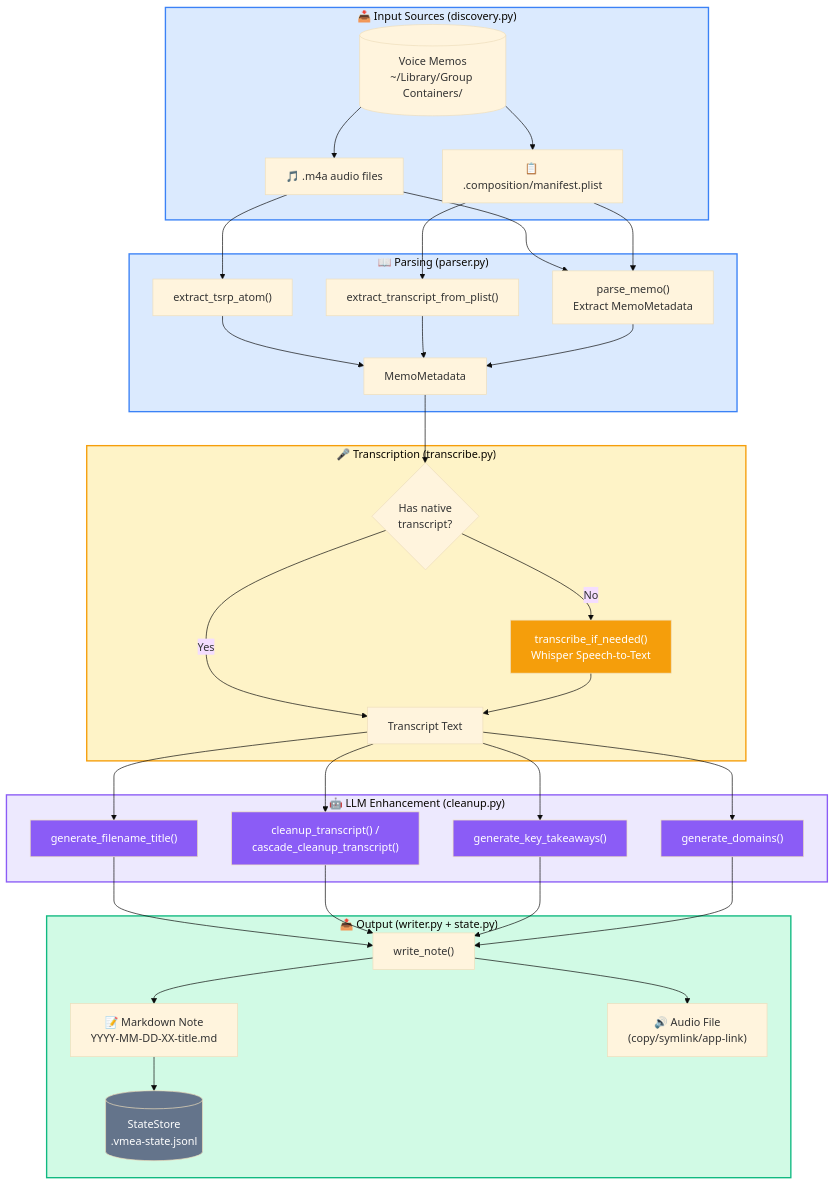
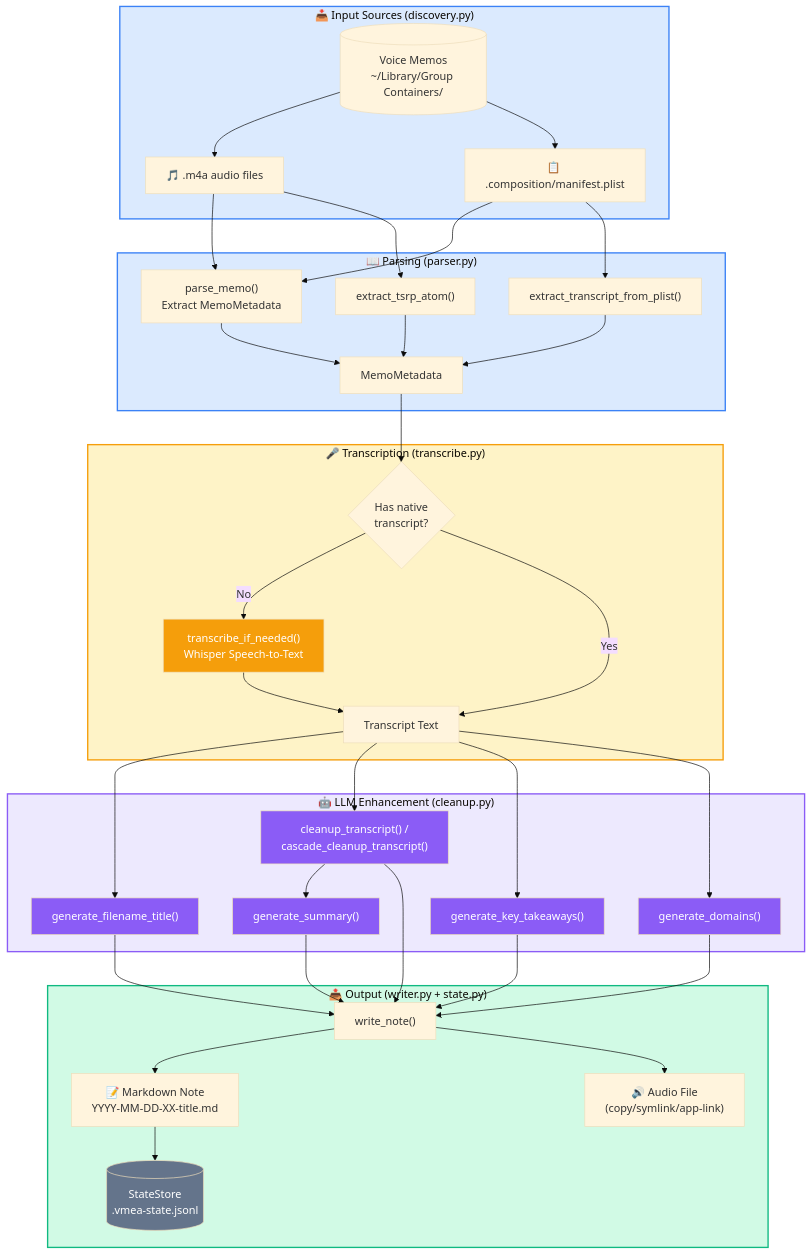
The diagram in docs/diagrams/data-flow-pipeline-diagram.md (klappe-pm/vmea), drawn with Mermaid before and after one commit. The commit also changed 15 other files, not shown here.

````diff
--- a/docs/diagrams/data-flow-pipeline-diagram.md
+++ b/docs/diagrams/data-flow-pipeline-diagram.md
@@ -5,72 +5,76 @@
 ```mermaid
 %%{init: {'theme': 'base'}}%%
 flowchart TB
     subgraph Input["📥 Input Sources (discovery.py)"]
         VM[("Voice Memos<br/>~/Library/Group Containers/")]
         M4A["🎵 .m4a audio files"]
         COMP["📋 .composition/manifest.plist"]
         VM --> M4A
         VM --> COMP
     end
 
     subgraph Parse["📖 Parsing (parser.py)"]
         PARSER["parse_memo()<br/>Extract MemoMetadata"]
         TSRP["extract_tsrp_atom()"]
         PLIST["extract_transcript_from_plist()"]
         META["MemoMetadata"]
         M4A --> PARSER
         COMP --> PARSER
         M4A --> TSRP
         COMP --> PLIST
         TSRP --> META
         PLIST --> META
         PARSER --> META
     end
 
     subgraph Transcribe["🎤 Transcription (transcribe.py)"]
         NATIVE{"Has native<br/>transcript?"}
         WHISPER["transcribe_if_needed()<br/>Whisper Speech-to-Text"]
         TRANS["Transcript Text"]
         META --> NATIVE
         NATIVE -->|No| WHISPER
         NATIVE -->|Yes| TRANS
         WHISPER --> TRANS
     end
 
     subgraph LLM["🤖 LLM Enhancement (cleanup.py)"]
         TITLE["generate_filename_title()"]
         CLEANUP["cleanup_transcript() /<br/>cascade_cleanup_transcript()"]
         TAKEAWAY["generate_key_takeaways()"]
         DOMAIN["generate_domains()"]
+        SUMMARY["generate_summary()"]
         TRANS --> TITLE
         TRANS --> CLEANUP
         TRANS --> TAKEAWAY
         TRANS --> DOMAIN
+        CLEANUP --> SUMMARY
     end
 
     subgraph Output["📤 Output (writer.py + state.py)"]
         WRITE["write_note()"]
         MD["📝 Markdown Note<br/>YYYY-MM-DD-XX-title.md"]
         AUDIO["🔊 Audio File<br/>(copy/symlink/app-link)"]
         STATE[("StateStore<br/>.vmea-state.jsonl")]
         TITLE --> WRITE
         CLEANUP --> WRITE
         TAKEAWAY --> WRITE
         DOMAIN --> WRITE
+        SUMMARY --> WRITE
         WRITE --> MD
         WRITE --> AUDIO
         MD --> STATE
     end
 
     style Input fill:#dbeafe,stroke:#3b82f6,stroke-width:2px
     style Parse fill:#dbeafe,stroke:#3b82f6,stroke-width:2px
     style Transcribe fill:#fef3c7,stroke:#f59e0b,stroke-width:2px
     style LLM fill:#ede9fe,stroke:#8b5cf6,stroke-width:2px
     style Output fill:#d1fae5,stroke:#10b981,stroke-width:2px
     style WHISPER fill:#f59e0b,color:#fff
     style TITLE fill:#8b5cf6,color:#fff
     style CLEANUP fill:#8b5cf6,color:#fff
     style TAKEAWAY fill:#8b5cf6,color:#fff
     style DOMAIN fill:#8b5cf6,color:#fff
+    style SUMMARY fill:#8b5cf6,color:#fff
     style STATE fill:#64748b,color:#fff
 ```
````
